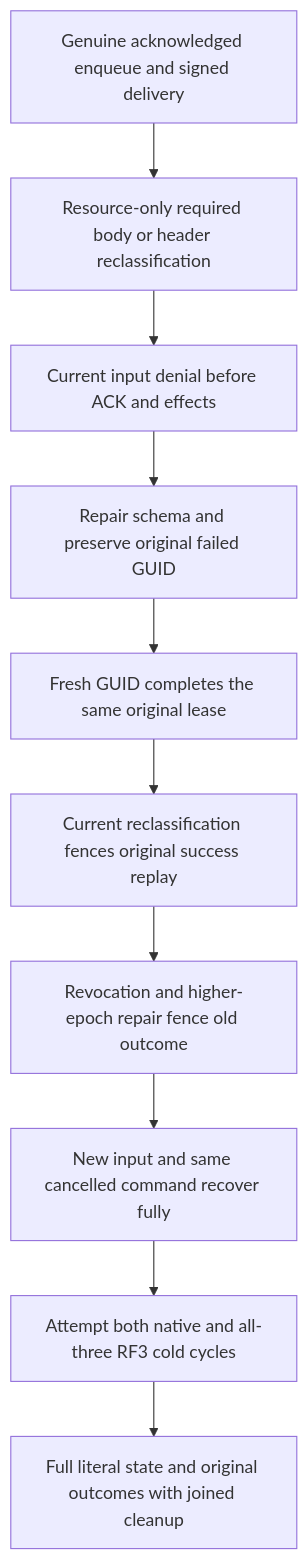
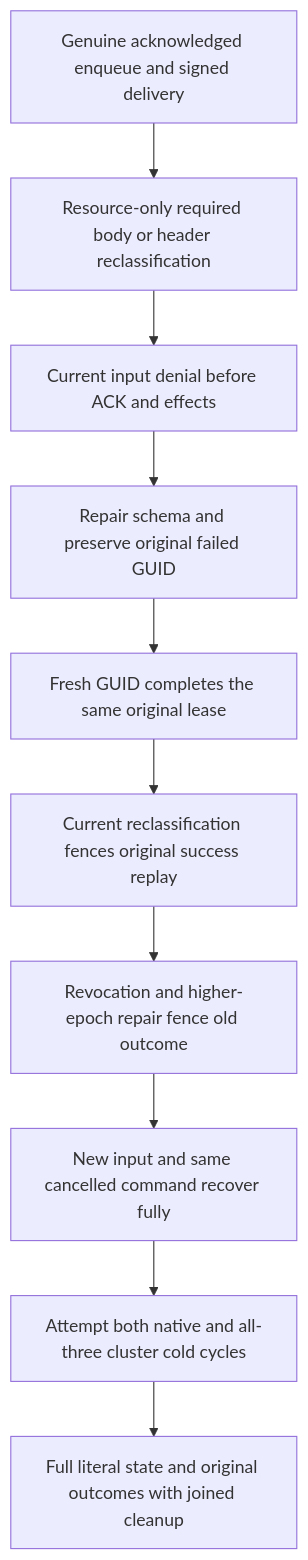
One commit to managedcode/KeyLoad changed the diagram in docs/Features/Authorization/RequiredProcessingInput.md. Above: the diagram before and after it, drawn with Mermaid. The commit also changed other lines of this file and 7356 other files, not shown here.

````diff
--- a/docs/Features/Authorization/RequiredProcessingInput.md
+++ b/docs/Features/Authorization/RequiredProcessingInput.md
@@ -17,12 +17,12 @@
 ```mermaid
 flowchart TD
     Lease[Genuine acknowledged enqueue and signed delivery] --> Classify[Resource-only required body or header reclassification]
     Classify --> Refuse[Current input denial before ACK and effects]
     Refuse --> Repair[Repair schema and preserve original failed GUID]
     Repair --> Process[Fresh GUID completes the same original lease]
     Process --> Fence[Current reclassification fences original success replay]
     Fence --> Principal[Revocation and higher-epoch repair fence old outcome]
     Principal --> Healthy[New input and same cancelled command recover fully]
-    Healthy --> Cold[Attempt both native and all-three RF3 cold cycles]
+    Healthy --> Cold[Attempt both native and all-three cluster cold cycles]
     Cold --> Join[Full literal state and original outcomes with joined cleanup]
 ```
````
